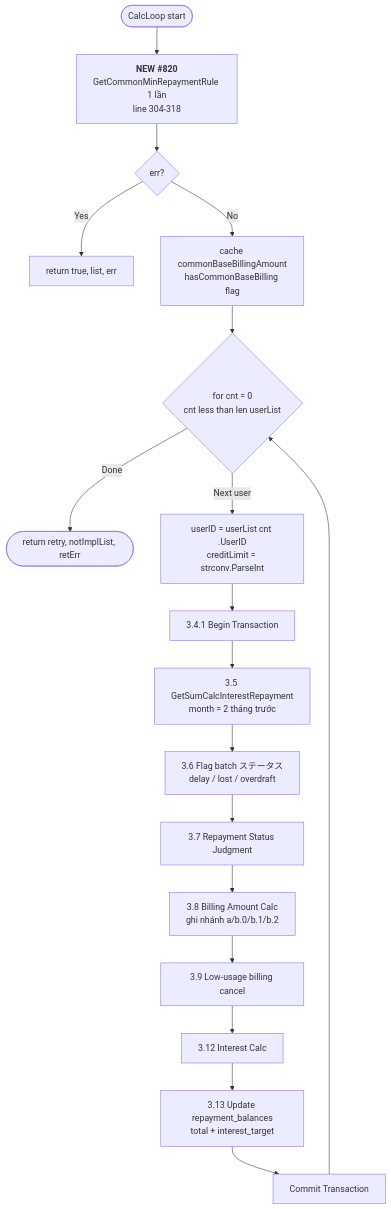
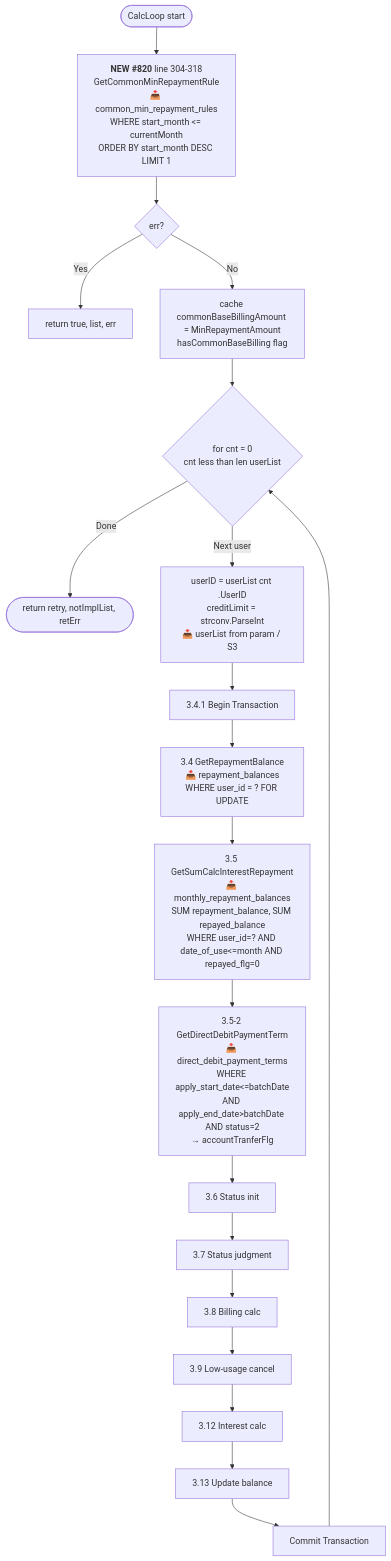
The third of 12 diagrams in README.md (tungvv318/git-talk), drawn with Mermaid before and after one commit. The commit also changed other lines of this file, not shown here.

````diff
--- a/README.md
+++ b/README.md
@@ -43,20 +45,22 @@
 ```mermaid
 flowchart TD
-    Start([CalcLoop start]) --> CommonRule[<b>NEW #820</b><br/>GetCommonMinRepaymentRule 1 lần<br/>line 304-318]
+    Start([CalcLoop start]) --> CommonRule[<b>NEW #820</b> line 304-318<br/>GetCommonMinRepaymentRule<br/>📥 common_min_repayment_rules<br/>WHERE start_month <= currentMonth<br/>ORDER BY start_month DESC LIMIT 1]
     CommonRule --> CR_Err{err?}
     CR_Err -- Yes --> Return1[return true, list, err]
-    CR_Err -- No --> CR_Cache[cache commonBaseBillingAmount<br/>hasCommonBaseBilling flag]
+    CR_Err -- No --> CR_Cache[cache commonBaseBillingAmount = MinRepaymentAmount<br/>hasCommonBaseBilling flag]
     CR_Cache --> Loop{for cnt = 0<br/>cnt less than len userList}
     Loop -- Done --> EndOK([return retry, notImplList, retErr])
-    Loop -- Next user --> User[userID = userList cnt .UserID<br/>creditLimit = strconv.ParseInt]
+    Loop -- Next user --> User[userID = userList cnt .UserID<br/>creditLimit = strconv.ParseInt<br/>📥 userList from param / S3]
     User --> BeginTx[3.4.1 Begin Transaction]
-    BeginTx --> Step35[3.5 GetSumCalcInterestRepayment<br/>month = 2 tháng trước]
-    Step35 --> Step36[3.6 Flag batch ステータス<br/>delay / lost / overdraft]
-    Step36 --> Step37[3.7 Repayment Status Judgment]
-    Step37 --> Step38[3.8 Billing Amount Calc<br/>ghi nhánh a/b.0/b.1/b.2]
-    Step38 --> Step39[3.9 Low-usage billing cancel]
-    Step39 --> Step312[3.12 Interest Calc]
-    Step312 --> Step313[3.13 Update repayment_balances<br/>total + interest_target]
+    BeginTx --> Step34[3.4 GetRepaymentBalance<br/>📥 repayment_balances<br/>WHERE user_id = ? FOR UPDATE]
+    Step34 --> Step35[3.5 GetSumCalcInterestRepayment<br/>📥 monthly_repayment_balances<br/>SUM repayment_balance, SUM repayed_balance<br/>WHERE user_id=? AND date_of_use<=month AND repayed_flg=0]
+    Step35 --> Step352[3.5-2 GetDirectDebitPaymentTerm<br/>📥 direct_debit_payment_terms<br/>WHERE apply_start_date<=batchDate<br/>AND apply_end_date>batchDate AND status=2<br/>→ accountTranferFlg]
+    Step352 --> Step36[3.6 Status init]
+    Step36 --> Step37[3.7 Status judgment]
+    Step37 --> Step38[3.8 Billing calc]
+    Step38 --> Step39[3.9 Low-usage cancel]
+    Step39 --> Step312[3.12 Interest calc]
+    Step312 --> Step313[3.13 Update balance]
     Step313 --> Commit[Commit Transaction]
     Commit --> Loop
 ```
````
